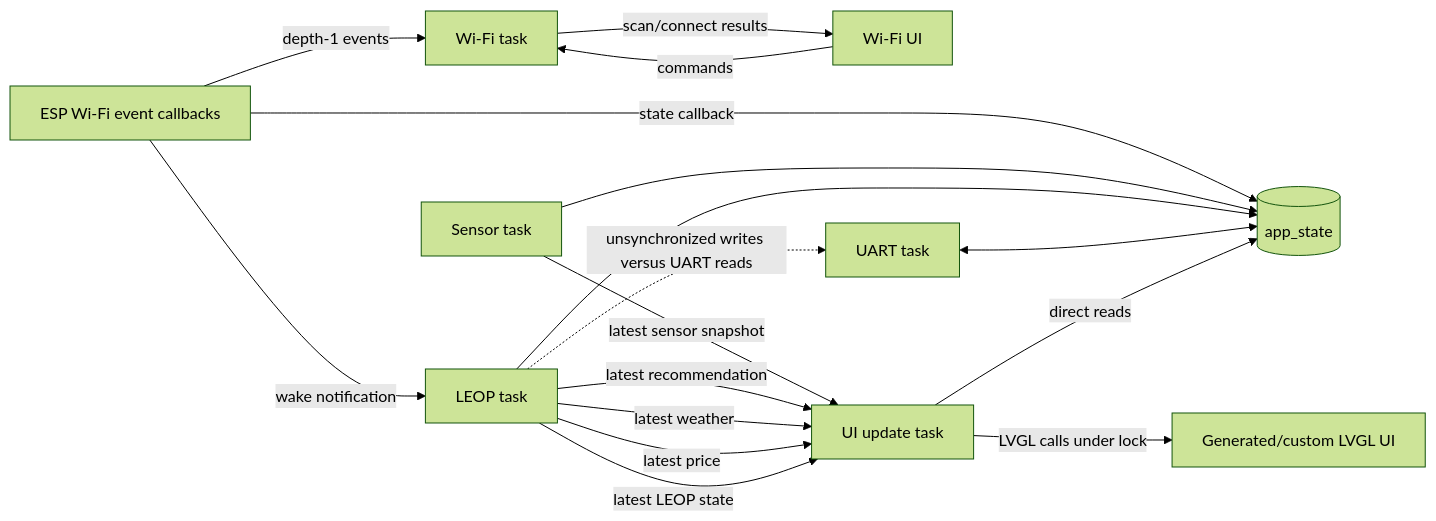
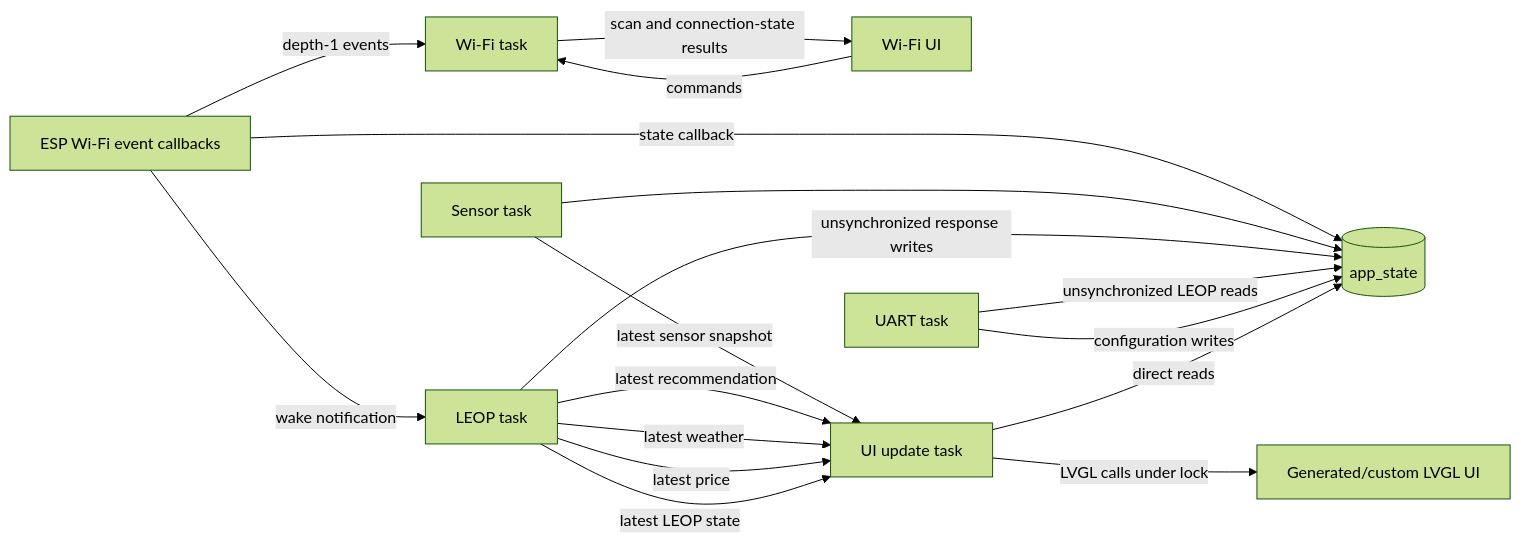
One commit to keseboleliasteliacom/14_LVGL_BTN changed the third of 4 diagrams in docs/architecture.md. Above: the diagram before and after it, drawn with Mermaid (forest theme). The commit also changed other lines of this file and 5 other files, not shown here.

````diff
--- a/docs/architecture.md
+++ b/docs/architecture.md
@@ -175,22 +175,22 @@
 ```mermaid
 flowchart LR
     Events[ESP Wi-Fi event callbacks] -->|depth-1 events| WiFi[Wi-Fi task]
     WiFiUI[Wi-Fi UI] -->|commands| WiFi
-    WiFi -->|scan/connect results| WiFiUI
+    WiFi -->|scan and connection-state results| WiFiUI
     Events -->|state callback| Shared[(app_state)]
     Events -->|wake notification| LEOP[LEOP task]
 
     Sensor[Sensor task] -->|latest sensor snapshot| UI[UI update task]
     Sensor --> Shared
 
     LEOP -->|latest recommendation| UI
     LEOP -->|latest weather| UI
     LEOP -->|latest price| UI
     LEOP -->|latest LEOP state| UI
-    LEOP --> Shared
+    LEOP -->|unsynchronized response writes| Shared
 
-    UART[UART task] <--> Shared
-    LEOP -.->|unsynchronized writes versus UART reads| UART
+    UART[UART task] -->|unsynchronized LEOP reads| Shared
+    UART -->|configuration writes| Shared
     UI -->|direct reads| Shared
     UI -->|LVGL calls under lock| Widgets[Generated/custom LVGL UI]
 ```
````
